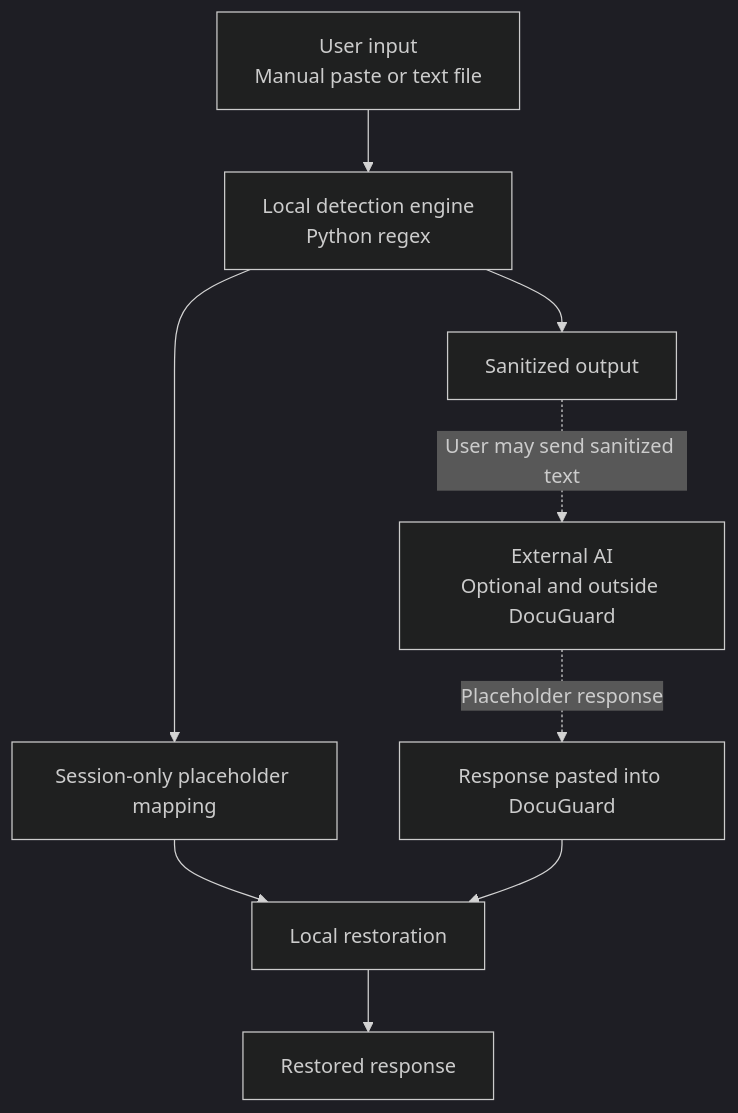
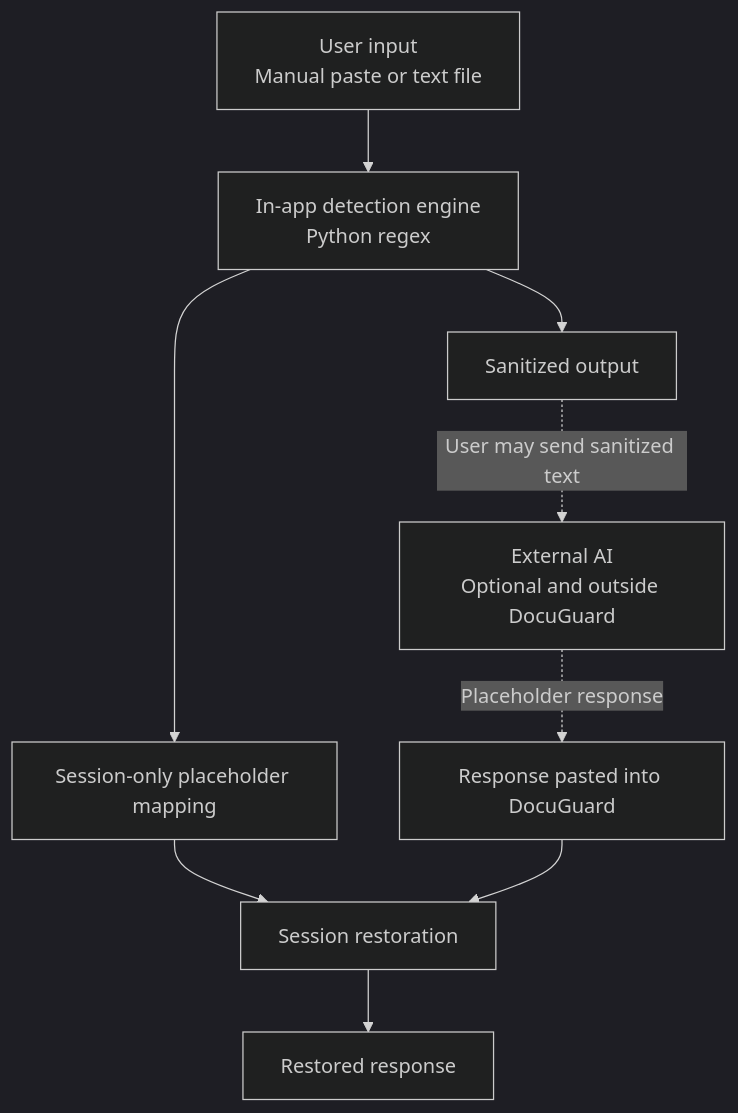
One commit to pawank60025-coder/Grevix_DocuGuard changed the first of 2 diagrams in README.md. Above: the diagram before and after it, drawn with Mermaid (dark theme). The commit also changed other lines of this file and 2 other files, not shown here.

Commit message:
fix: clarify hosted and local privacy behavior

````diff
--- a/README.md
+++ b/README.md
@@ -66,11 +66,11 @@
 ```mermaid
 flowchart TD
-    A[User input<br/>Manual paste or text file] --> B[Local detection engine<br/>Python regex]
+    A[User input<br/>Manual paste or text file] --> B[In-app detection engine<br/>Python regex]
     B --> C[Session-only placeholder mapping]
     B --> D[Sanitized output]
-    C --> G[Local restoration]
+    C --> G[Session restoration]
     D -. User may send sanitized text .-> E[External AI<br/>Optional and outside DocuGuard]
     E -. Placeholder response .-> F[Response pasted into DocuGuard]
     F --> G
     G --> H[Restored response]
 ```
````
